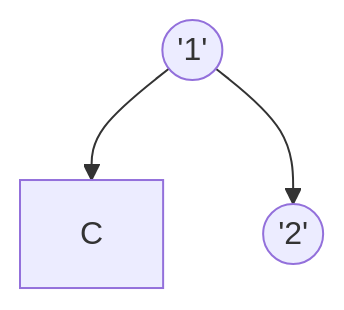
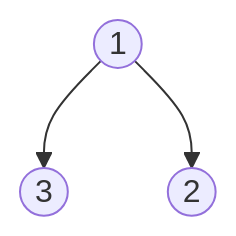
The diagram in terminale/Structures_arborescentes_de_données/Arbres_binaires.md (boddaert/nsi), drawn with Mermaid before and after one commit.

````diff
--- a/terminale/Structures_arborescentes_de_données/Arbres_binaires.md
+++ b/terminale/Structures_arborescentes_de_données/Arbres_binaires.md
@@ -15,7 +15,8 @@
 ```mermaid
 flowchart TB
-    A(('1'))
-    B(('2'))
+    A((1))
+    B((2))
+    C((3))
     A --> C
     A --> B
 ```
````
